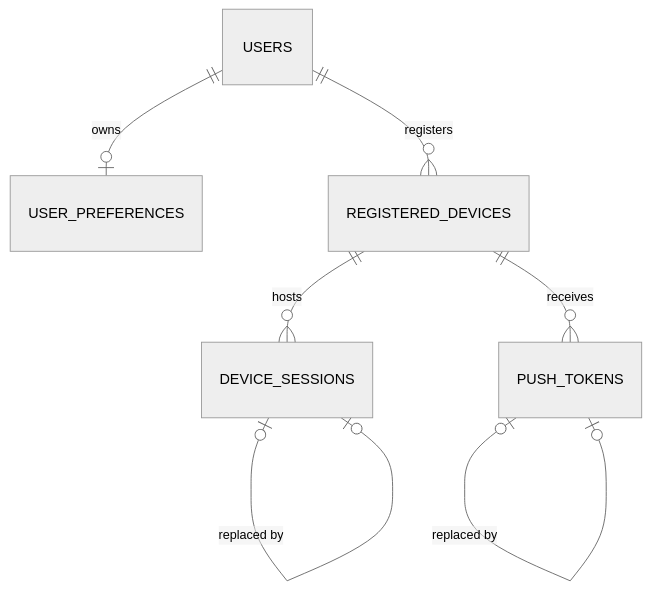
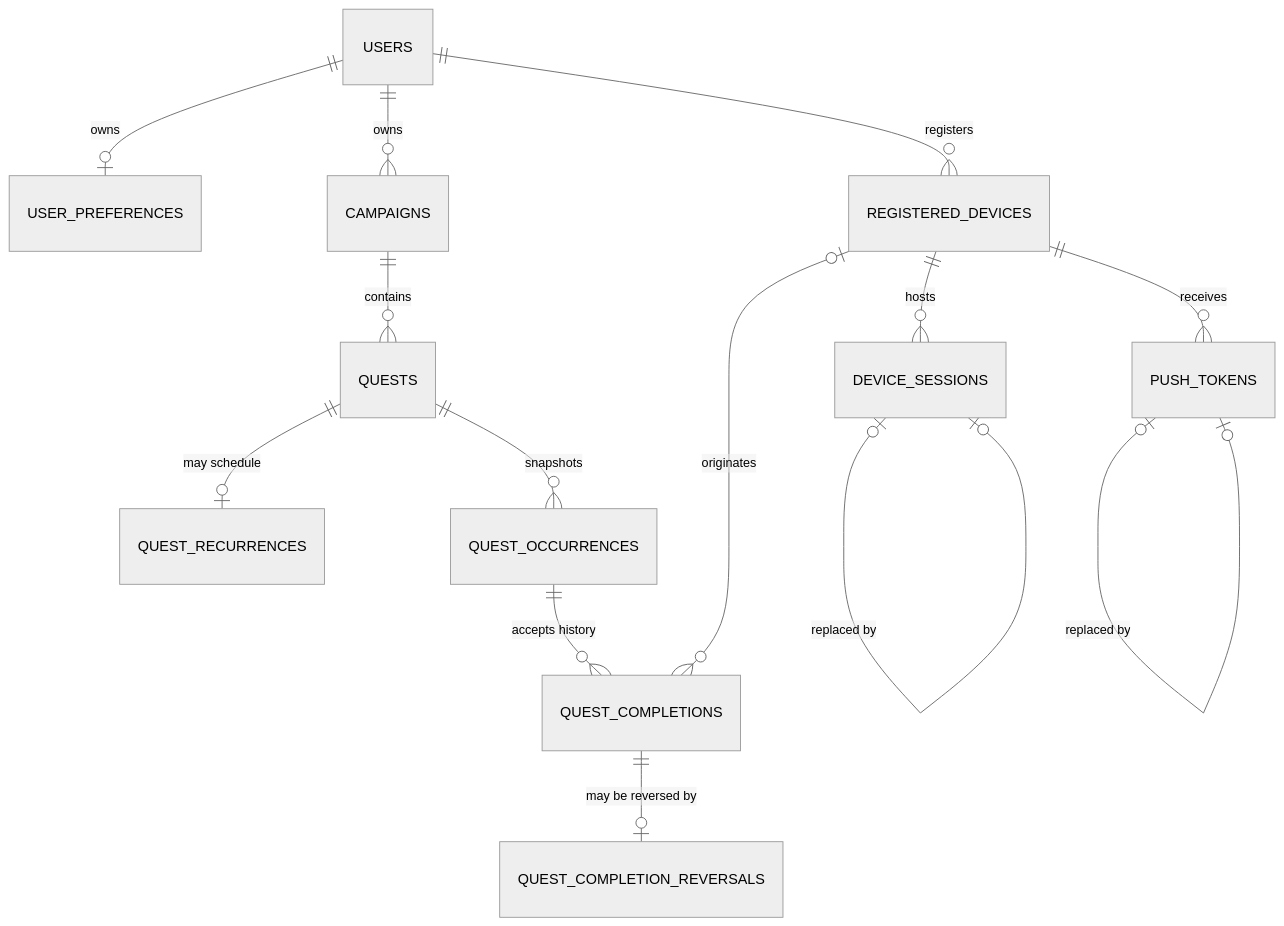
Before and after one commit to zidaneyoung/Achiwave: the diagram in docs/database/stage-3-schema.md, drawn with Mermaid (neutral theme). The commit also changed other lines of this file, not shown here.

Commit message:
docs(database): document campaign and quest schema

````diff
--- a/docs/database/stage-3-schema.md
+++ b/docs/database/stage-3-schema.md
@@ -120,9 +223,16 @@
 ```mermaid
 erDiagram
     USERS ||--o| USER_PREFERENCES : "owns"
     USERS ||--o{ REGISTERED_DEVICES : "registers"
     REGISTERED_DEVICES ||--o{ DEVICE_SESSIONS : "hosts"
     REGISTERED_DEVICES ||--o{ PUSH_TOKENS : "receives"
     DEVICE_SESSIONS o|--o| DEVICE_SESSIONS : "replaced by"
     PUSH_TOKENS o|--o| PUSH_TOKENS : "replaced by"
+    USERS ||--o{ CAMPAIGNS : "owns"
+    CAMPAIGNS ||--o{ QUESTS : "contains"
+    QUESTS ||--o| QUEST_RECURRENCES : "may schedule"
+    QUESTS ||--o{ QUEST_OCCURRENCES : "snapshots"
+    QUEST_OCCURRENCES ||--o{ QUEST_COMPLETIONS : "accepts history"
+    QUEST_COMPLETIONS ||--o| QUEST_COMPLETION_REVERSALS : "may be reversed by"
+    REGISTERED_DEVICES o|--o{ QUEST_COMPLETIONS : "originates"
 ```
````
